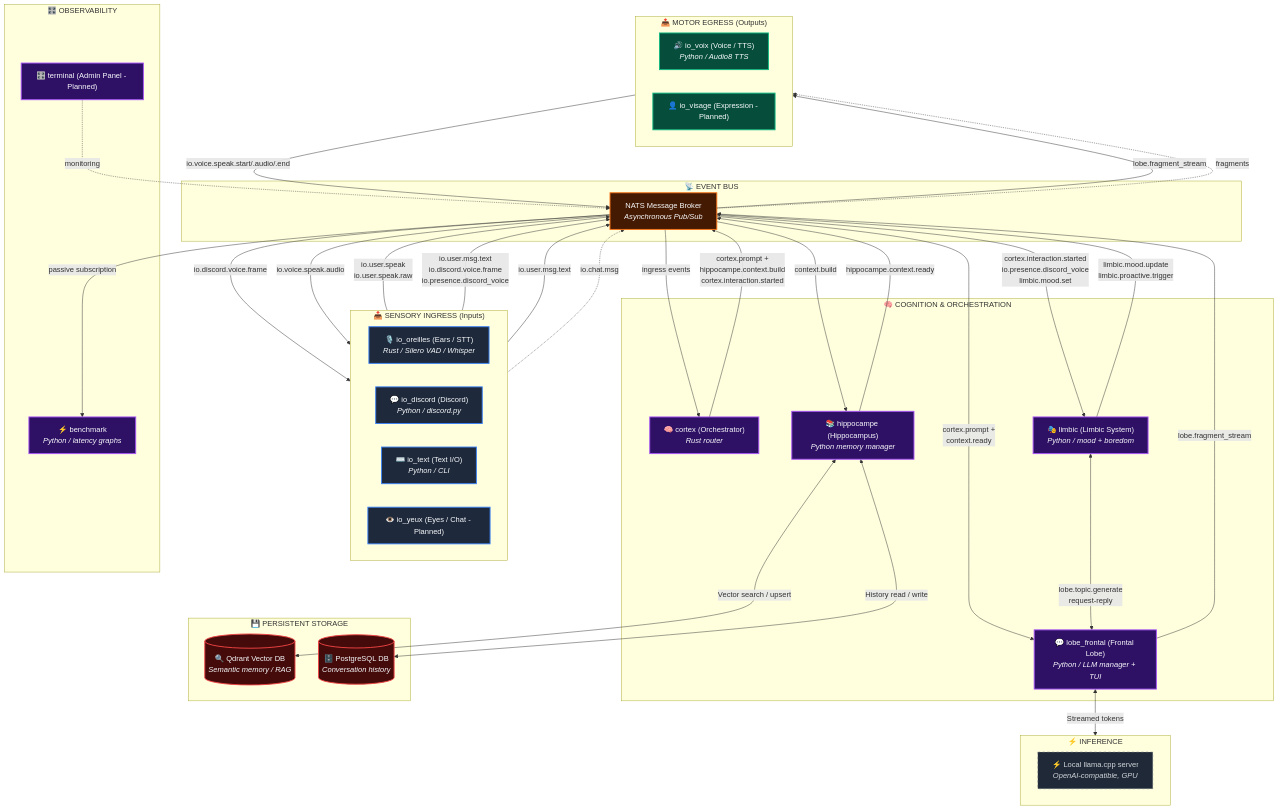
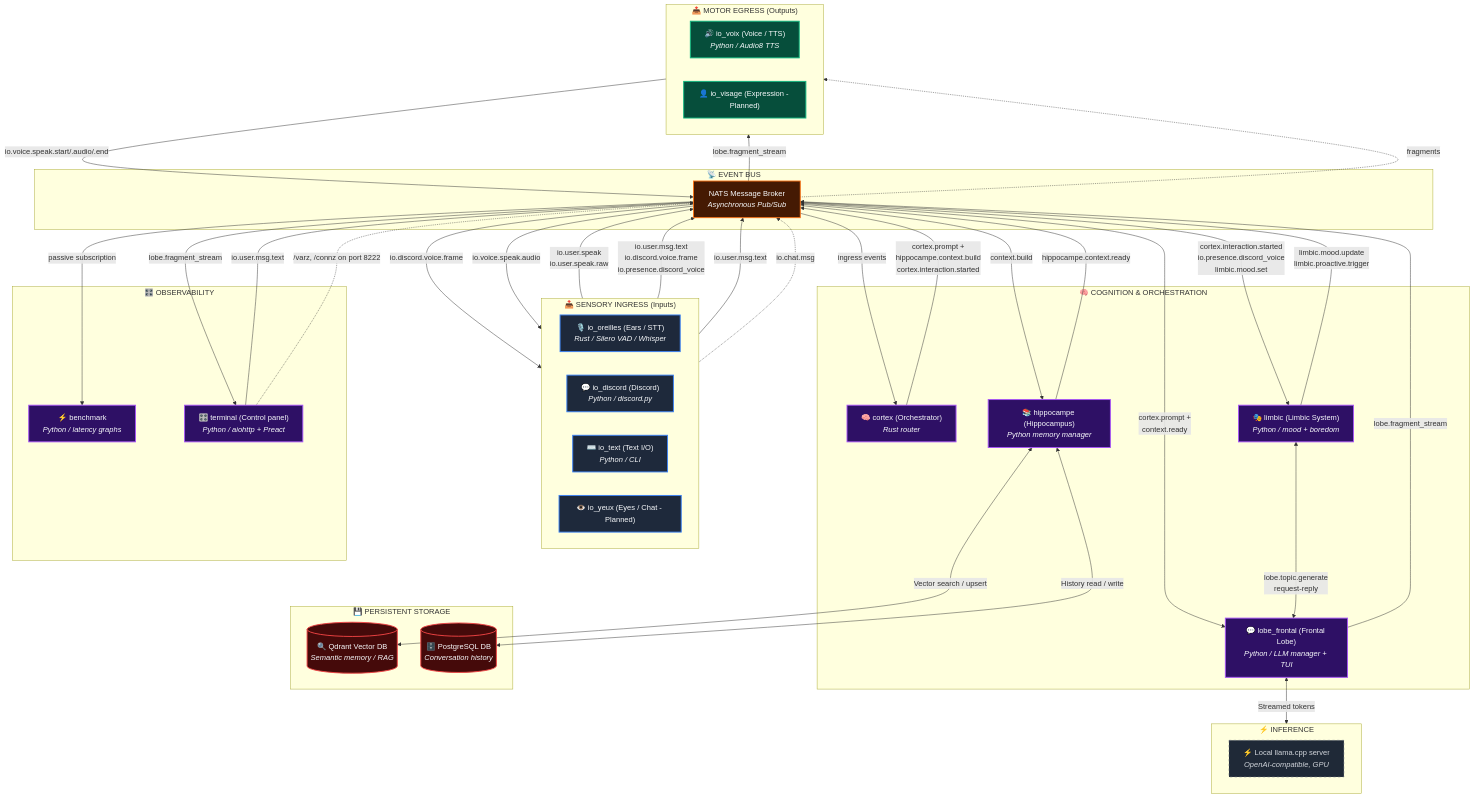
The diagram in README.md (MiloBonbaril/Aletheia-V3), drawn with Mermaid before and after one commit. The commit also changed other lines of this file and 9 other files, not shown here.

````diff
--- a/README.md
+++ b/README.md
@@ -104,7 +104,7 @@
 
     subgraph Observability ["🎛️ OBSERVABILITY"]
         bench["⚡ benchmark<br/><i>Python / latency graphs</i>"]:::core
-        terminal["🎛️ terminal (Admin Panel - Planned)"]:::core
+        terminal["🎛️ terminal (Control panel)<br/><i>Python / aiohttp + Preact</i>"]:::core
     end
 
     %% Ingress
@@ -140,5 +140,7 @@
 
     %% Observability
     nats -->|passive subscription| bench
-    terminal -.->|monitoring| nats
+    terminal -->|io.user.msg.text| nats
+    nats -->|lobe.fragment_stream| terminal
+    terminal -.->|/varz, /connz on port 8222| nats
 ```
````
